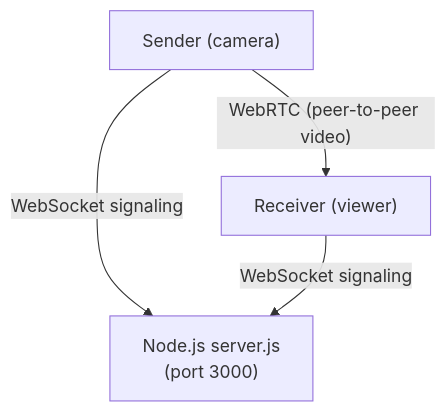
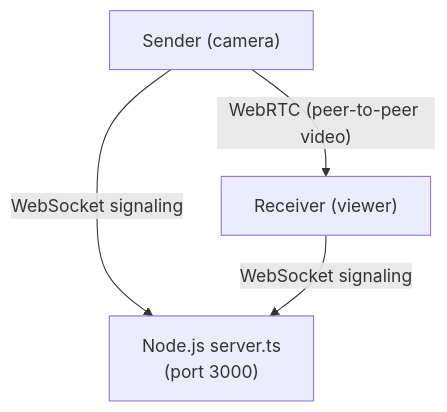
The diagram in README.md (fildon/tiny-stream), drawn with Mermaid before and after one commit. The commit also changed 6 other files, not shown here.

````diff
--- a/README.md
+++ b/README.md
@@ -36,6 +36,6 @@
 ```mermaid
 graph TD
     Sender["Sender (camera)"] -- "WebRTC (peer-to-peer video)" --> Receiver["Receiver (viewer)"]
-    Sender -- "WebSocket signaling" --> Server["Node.js server.js\n(port 3000)"]
+    Sender -- "WebSocket signaling" --> Server["Node.js server.ts\n(port 3000)"]
     Receiver -- "WebSocket signaling" --> Server
 ```
````
